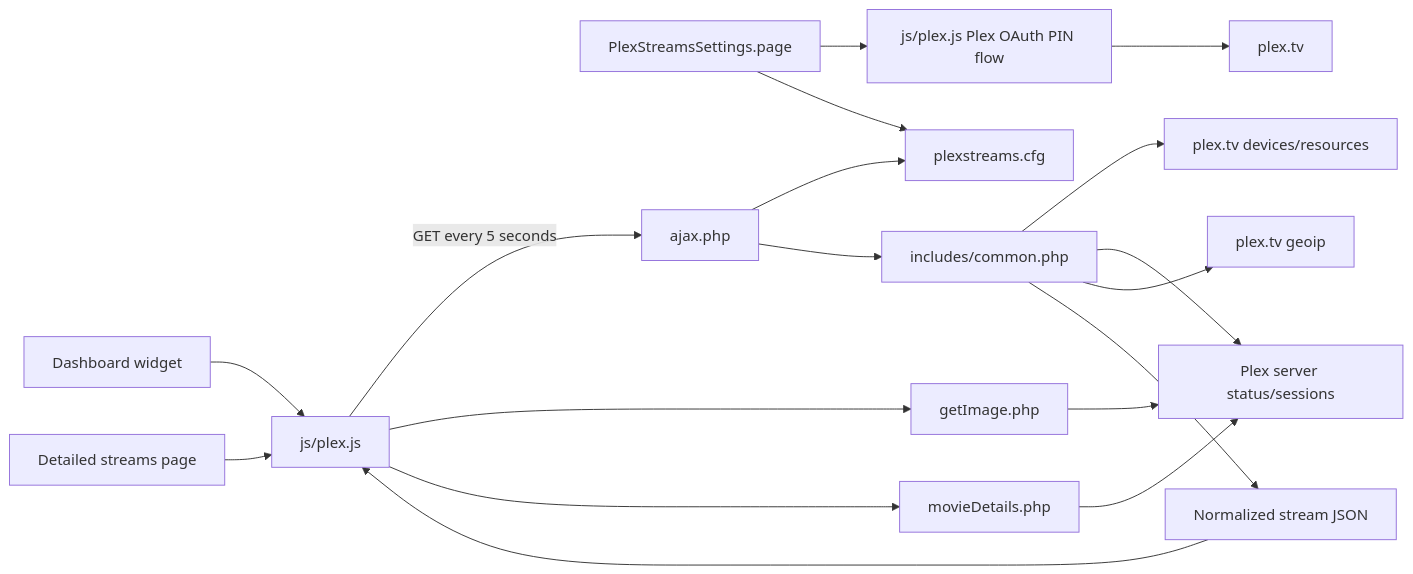
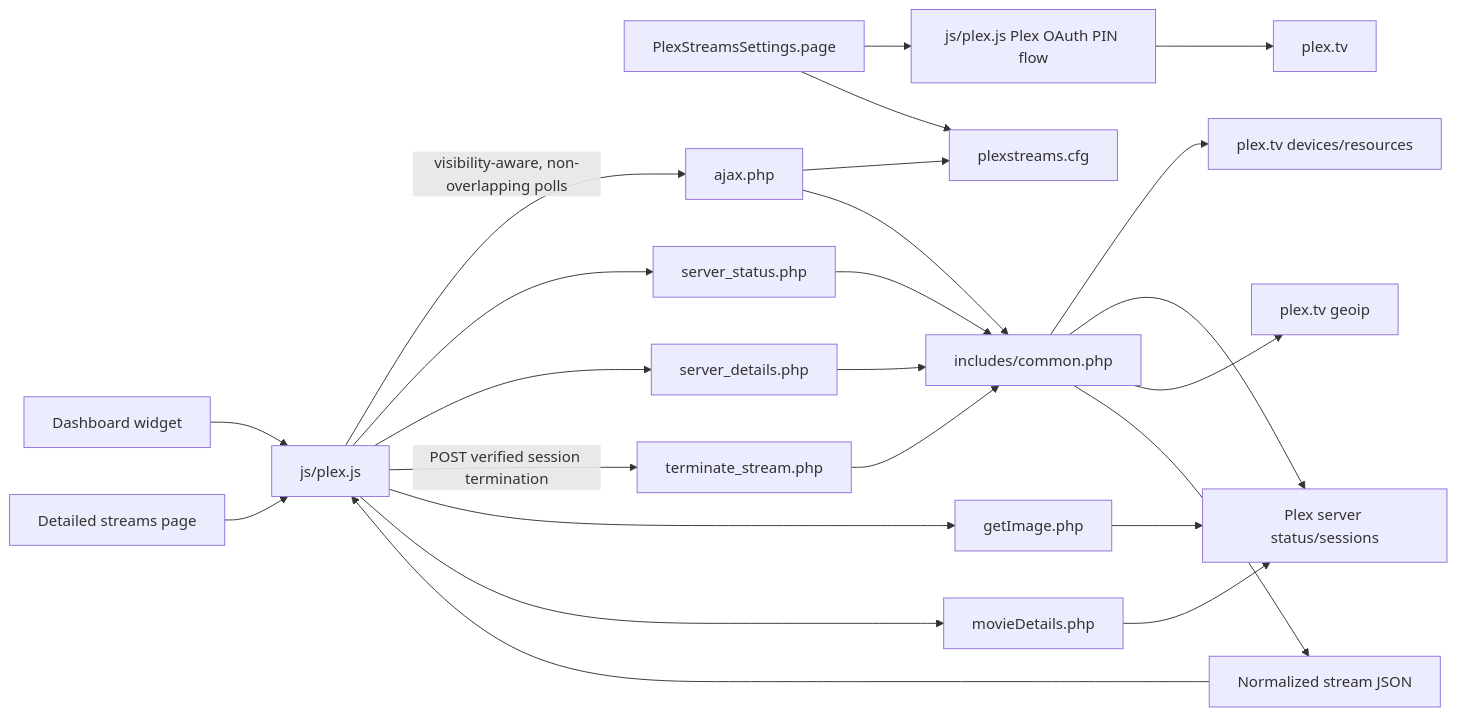
The first of 2 diagrams in ARCHITECTURE.md (dorgan/Unraid-plexstreams), drawn with Mermaid before and after one commit. The commit also changed other lines of this file, not shown here.

Commit message:
feat: update plugin version to 2026.08.22e and enhance architecture documentation for multi-backend support

````diff
--- a/ARCHITECTURE.md
+++ b/ARCHITECTURE.md
@@ -11,20 +11,26 @@
 ```mermaid
 flowchart LR
     Settings[PlexStreamsSettings.page] --> OAuth[js/plex.js Plex OAuth PIN flow]
     OAuth --> PlexAccount[plex.tv]
     Settings --> Config[plexstreams.cfg]
     Dashboard[Dashboard widget] --> BrowserJS[js/plex.js]
     StreamsPage[Detailed streams page] --> BrowserJS
-    BrowserJS -->|GET every 5 seconds| Ajax[ajax.php]
+  BrowserJS -->|visibility-aware, non-overlapping polls| Ajax[ajax.php]
+  BrowserJS --> ServerStatus[server_status.php]
+  BrowserJS --> ServerDetails[server_details.php]
+  BrowserJS -->|POST verified session termination| Terminate[terminate_stream.php]
     Ajax --> Config
     Ajax --> Common[includes/common.php]
     Common --> PlexDiscovery[plex.tv devices/resources]
     Common --> PlexServers[Plex server status/sessions]
     Common --> GeoIP[plex.tv geoip]
     Common --> StreamJSON[Normalized stream JSON]
     StreamJSON --> BrowserJS
     BrowserJS --> ImageProxy[getImage.php]
     BrowserJS --> Details[movieDetails.php]
     ImageProxy --> PlexServers
     Details --> PlexServers
+  ServerStatus --> Common
+  ServerDetails --> Common
+  Terminate --> Common
 ```
````
